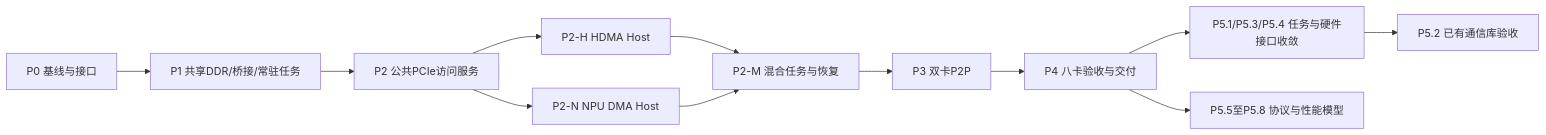
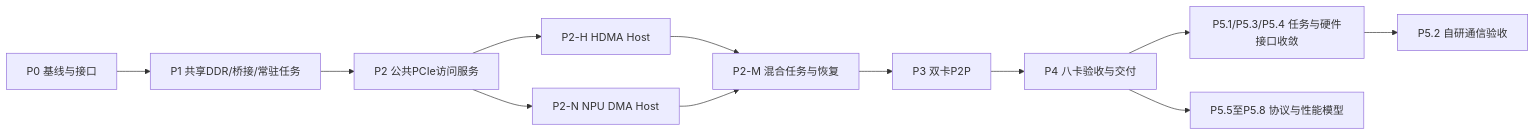
The diagram in zc_simulator/内部PCIe互联平台分阶段实现方案.md (YoungLee1995/qemu), drawn with Mermaid before and after one commit. The commit also changed other lines of this file and 22 other files, not shown here.

````diff
--- a/zc_simulator/内部PCIe互联平台分阶段实现方案.md
+++ b/zc_simulator/内部PCIe互联平台分阶段实现方案.md
@@ -320,14 +306,14 @@
 ```mermaid
 flowchart LR
     P0[P0 基线与接口] --> P1[P1 共享DDR/桥接/常驻任务]
     P1 --> S[P2 公共PCIe访问服务]
     S --> H[P2-H HDMA Host]
     S --> N[P2-N NPU DMA Host]
     H --> M[P2-M 混合任务与恢复]
     N --> M
     M --> P3[P3 双卡P2P]
     P3 --> P4[P4 八卡验收与交付]
     P4 --> C[P5.1/P5.3/P5.4 任务与硬件接口收敛]
-    C --> L[P5.2 已有通信库验收]
+    C --> L[P5.2 自研通信验收]
     P4 --> T[P5.5至P5.8 协议与性能模型]
 ```
````
